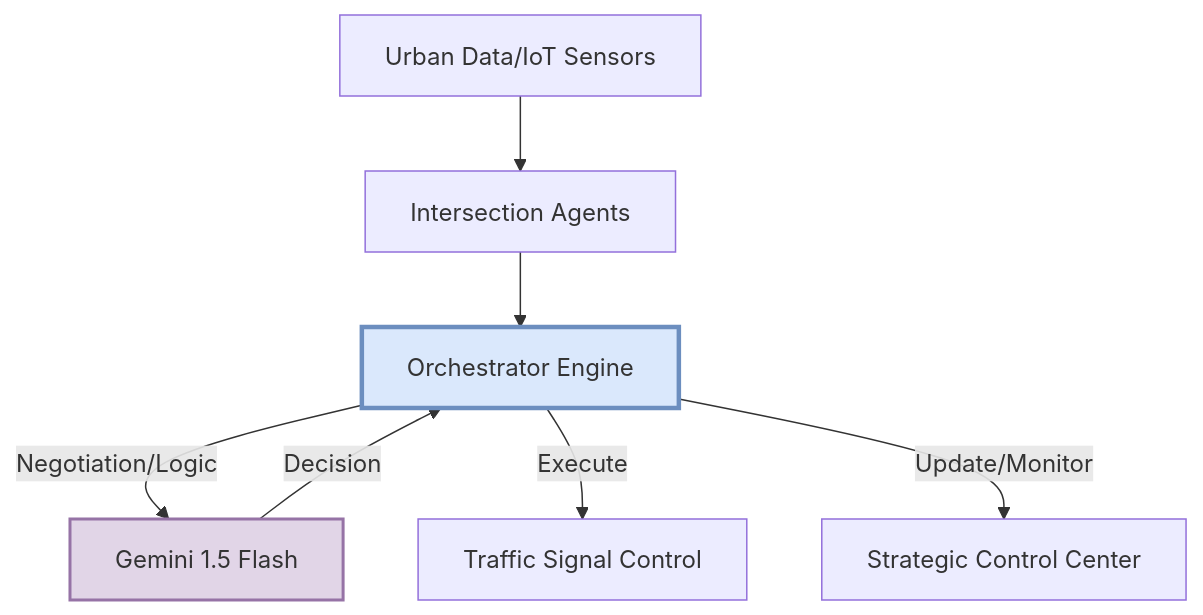
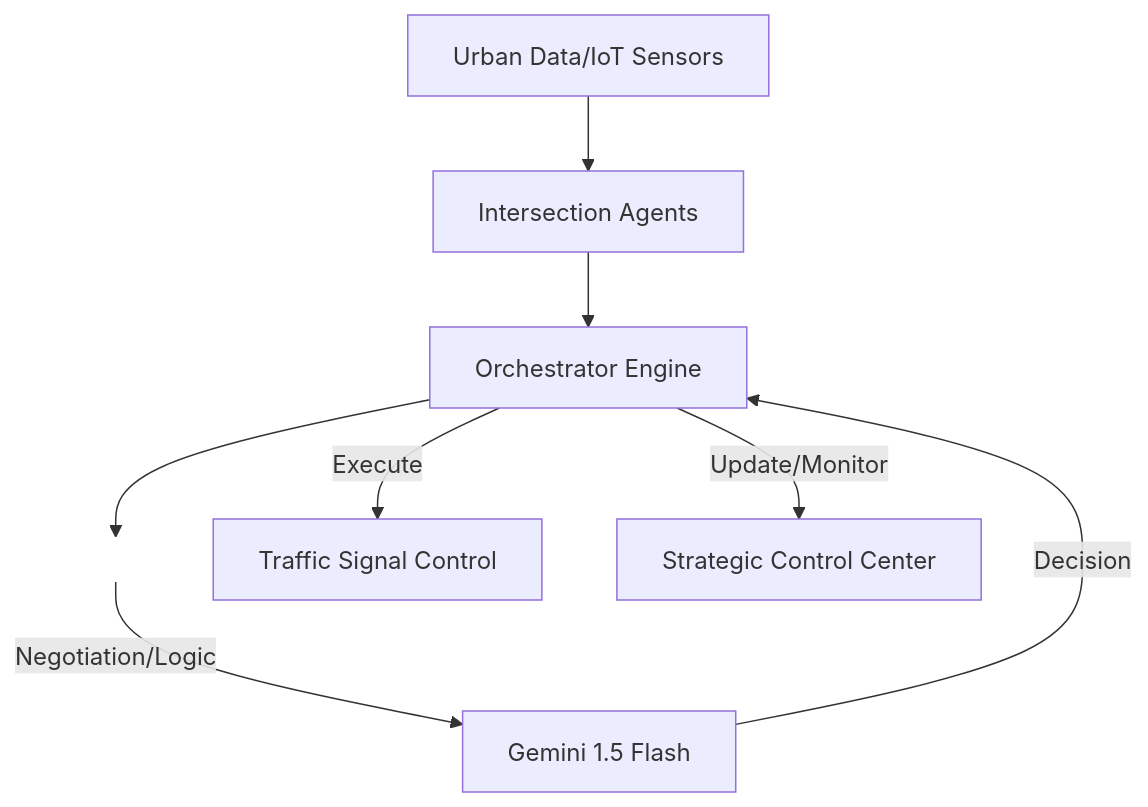
One commit to maybenot229/GDG-wiralalu changed the diagram in prototypedocumentation.md. Above: the diagram before and after it, drawn with Mermaid.

Commit message:
prototype documentation v5

````diff
--- a/prototypedocumentation.md
+++ b/prototypedocumentation.md
@@ -29,18 +29,16 @@
 ```mermaid
 graph TD
-    %% Main Path
     Data["Urban Data/IoT Sensors"] --> IA["Intersection Agents"]
     IA --> O["Orchestrator Engine"]
     
-    %% Decoupled bidirectional flow
-    O -- "Negotiation/Logic" --> LLM["Gemini 1.5 Flash"]
+    %% The split flow
+    O --> Logic{" "} 
+    Logic -- "Negotiation/Logic" --> LLM["Gemini 1.5 Flash"]
     LLM -- "Decision" --> O
     
-    %% Other paths
     O -->|Execute| Lights["Traffic Signal Control"]
     O -->|Update/Monitor| Dash["Strategic Control Center"]
 
-    %% Styling for professional look
-    style LLM fill:#e1d5e7,stroke:#9673a6,stroke-width:2px
-    style O fill:#dae8fc,stroke:#6c8ebf,stroke-width:3px
+    %% Invisible node to force layout
+    style Logic fill-opacity:0,stroke-opacity:0
 ```
````
